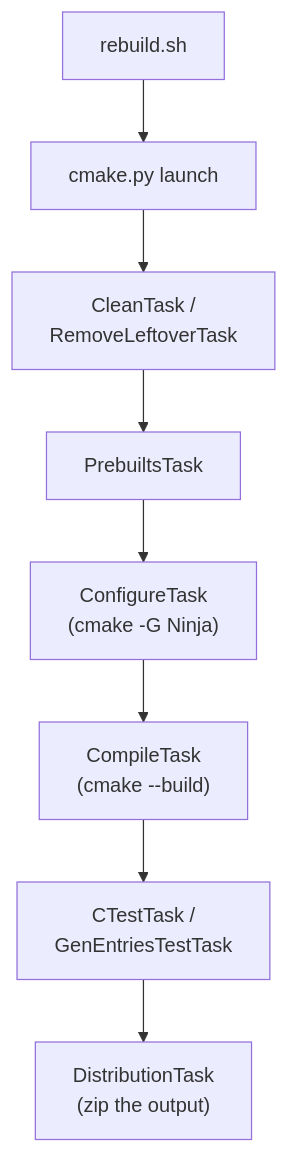
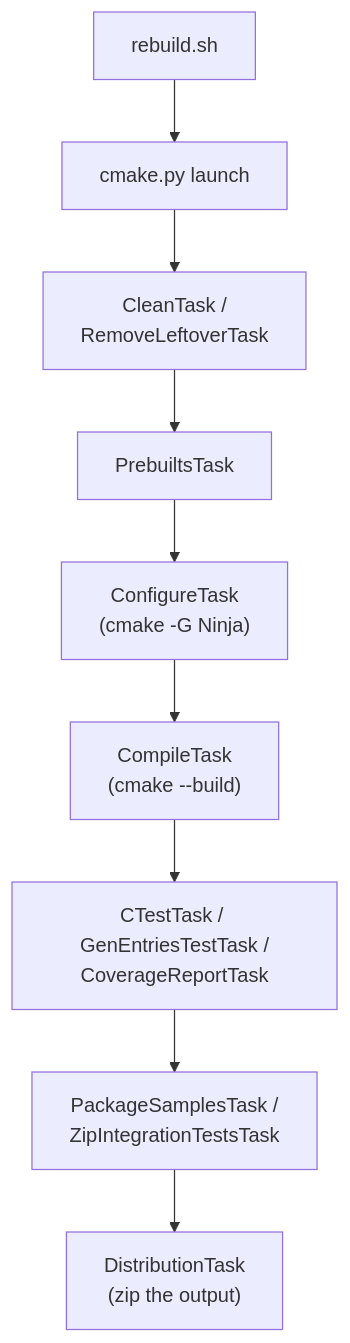
One commit to aospbooks/android-emulator-internal-book changed the third of 5 diagrams in 02-source-and-build.md. Above: the diagram before and after it, drawn with Mermaid. The commit also changed other lines of this file and 31 other files, not shown here.

````diff
--- a/02-source-and-build.md
+++ b/02-source-and-build.md
@@ -305,10 +305,11 @@
 ```mermaid
 flowchart TD
   START["rebuild.sh"] --> DRV["cmake.py launch"]
   DRV --> CLEAN["CleanTask /<br/>RemoveLeftoverTask"]
   CLEAN --> PRE["PrebuiltsTask"]
   PRE --> CFG["ConfigureTask<br/>(cmake -G Ninja)"]
   CFG --> CMP["CompileTask<br/>(cmake --build)"]
-  CMP --> TST["CTestTask /<br/>GenEntriesTestTask"]
-  TST --> DIST["DistributionTask<br/>(zip the output)"]
+  CMP --> TST["CTestTask / GenEntriesTestTask /<br/>CoverageReportTask"]
+  TST --> PKG["PackageSamplesTask /<br/>ZipIntegrationTestsTask"]
+  PKG --> DIST["DistributionTask<br/>(zip the output)"]
 ```
````
